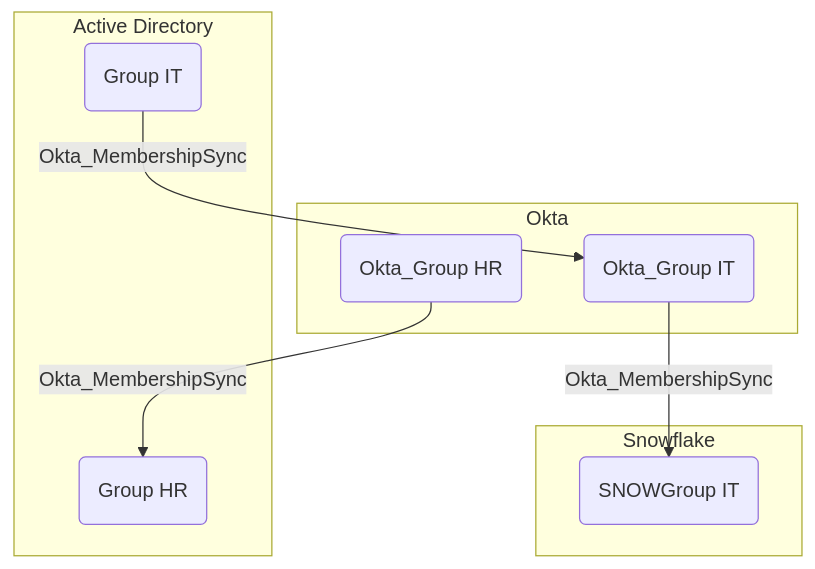
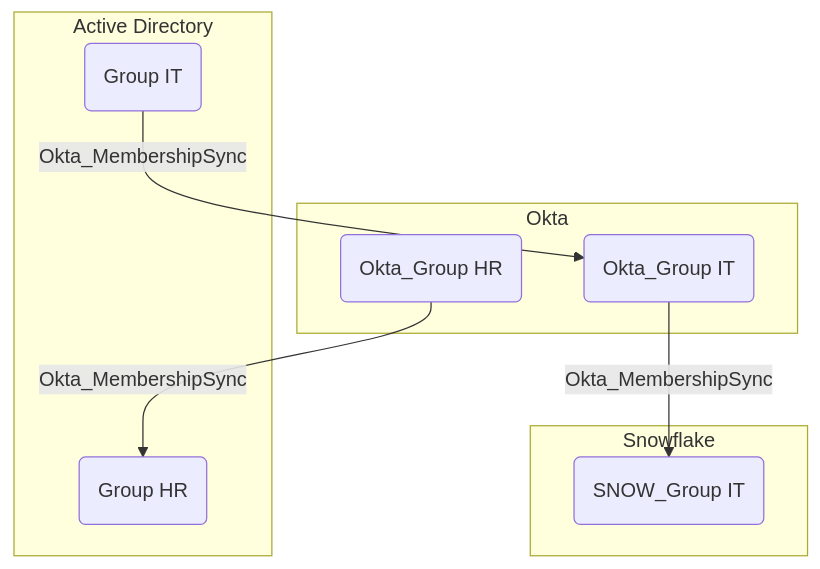
The diagram in Documentation/EdgeDescriptions/Okta_MembershipSync.md (SpecterOps/OktaHound), drawn with Mermaid before and after one commit. The commit also changed other lines of this file and 14 other files, not shown here.

````diff
--- a/Documentation/EdgeDescriptions/Okta_MembershipSync.md
+++ b/Documentation/EdgeDescriptions/Okta_MembershipSync.md
@@ -12,17 +12,17 @@
 ```mermaid
 graph TB
   subgraph ad["Active Directory"]
     adg1("Group IT")
     adg2("Group HR")
   end
   subgraph okta["Okta"]
     g1("Okta_Group IT")
     g2("Okta_Group HR")
     adg1 -- Okta_MembershipSync --> g1
     g2 -- Okta_MembershipSync --> adg2
   end
   subgraph snow["Snowflake"]
-    snowg1("SNOWGroup IT")
+    snowg1("SNOW_Group IT")
     g1 -- Okta_MembershipSync --> snowg1
   end
 ```
````
